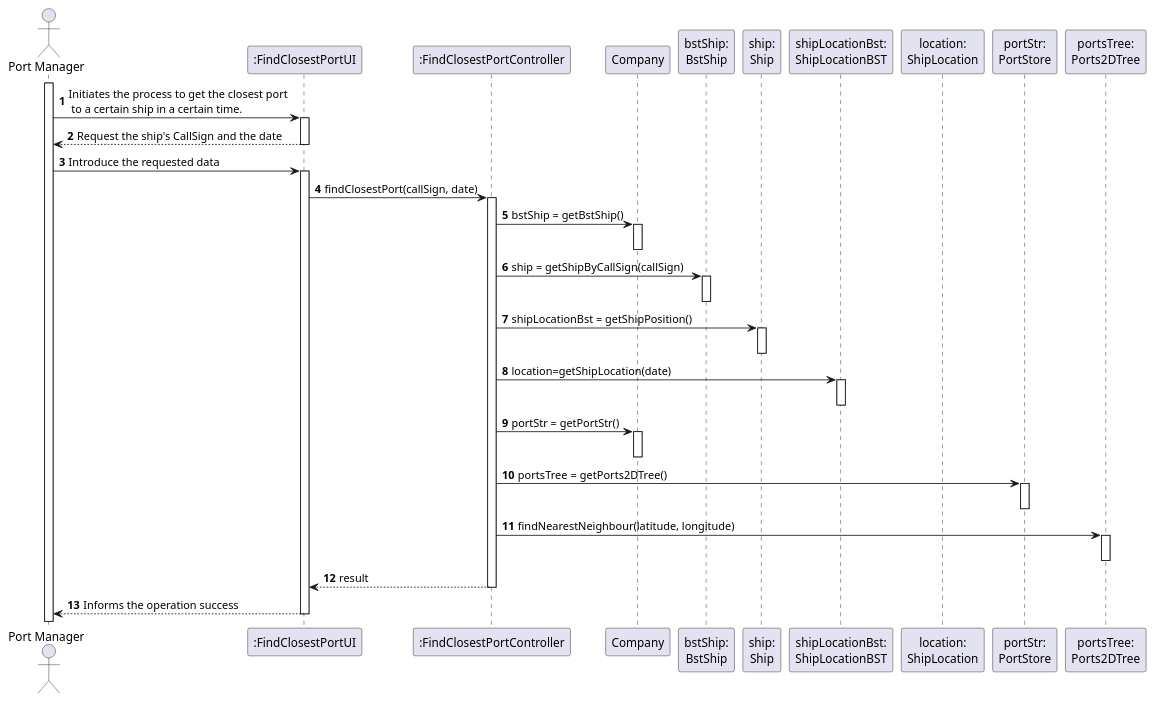
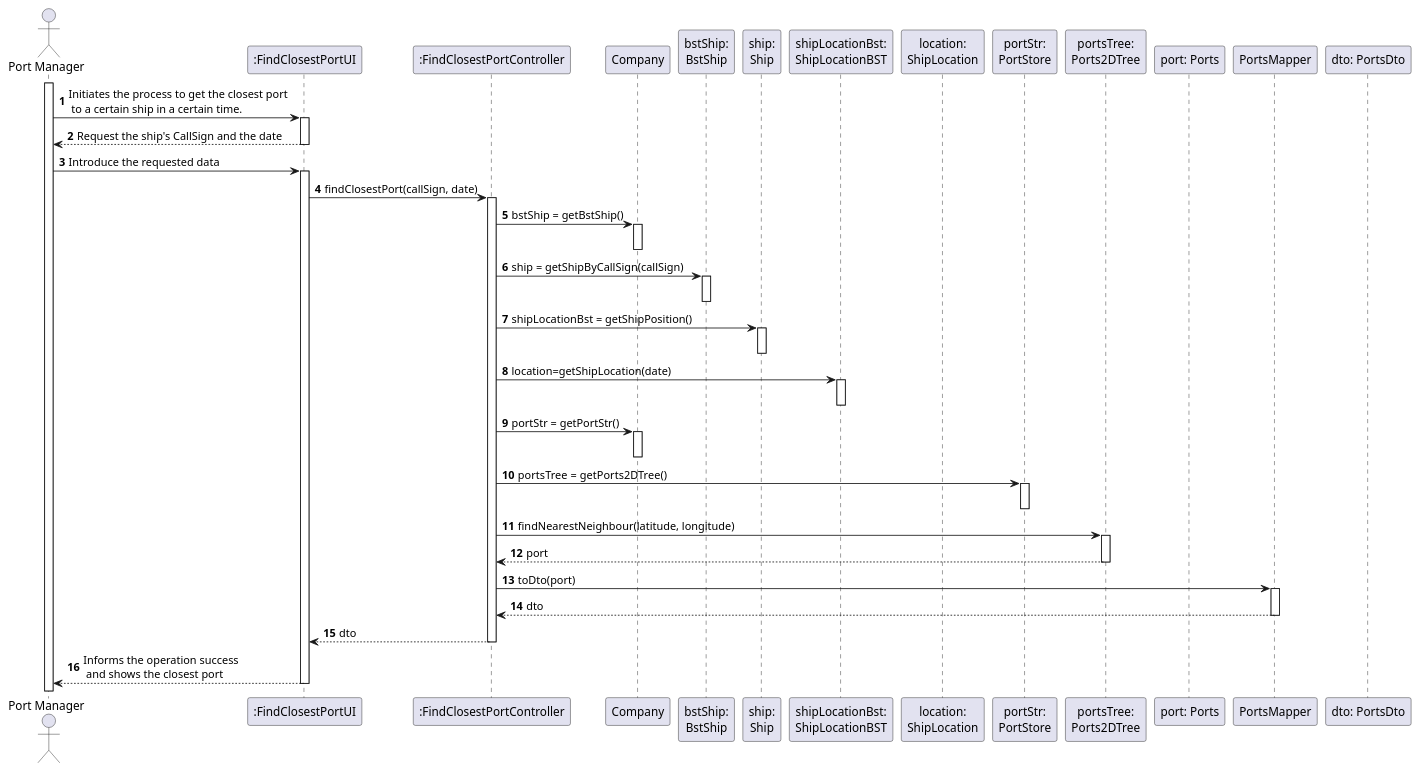
The diagram in docs/US202/US202_SD.puml (0franciscor/lapr3-2021-g042), drawn with PlantUML before and after one commit. The commit also changed 5 other files, not shown here.

Commit message:
G42-83 #time 1h #comment Addition of the PortsDto and PortsMapper class

```diff
--- a/docs/US202/US202_SD.puml
+++ b/docs/US202/US202_SD.puml
@@ -1,51 +1,59 @@
 @startuml
 
 autonumber
 actor "Port Manager" as M
 
 participant ":FindClosestPortUI" as ui
 participant ":FindClosestPortController" as controller
 participant "Company" as COMP
 participant "bstShip:\nBstShip" as BstShip
 participant "ship:\nShip" as S
 participant "shipLocationBst:\nShipLocationBST" as ShipLocationBST
 participant "location:\nShipLocation" as SL
 participant "portStr:\nPortStore" as str
 participant "portsTree:\nPorts2DTree" as tree
+participant "port: Ports" as port
+participant "PortsMapper" as mapper
+participant "dto: PortsDto" as dto
 
 activate M
 M -> ui: Initiates the process to get the closest port \n to a certain ship in a certain time.
 activate ui
 ui --> M --: Request the ship's CallSign and the date
 deactivate ui
 M -> ui: Introduce the requested data
 activate ui
 ui -> controller: findClosestPort(callSign, date)
 activate controller
 controller -> COMP: bstShip = getBstShip()
 activate COMP
 deactivate COMP
 controller -> BstShip : ship = getShipByCallSign(callSign)
 activate BstShip
 deactivate BstShip
 controller -> S : shipLocationBst = getShipPosition()
 activate S
 deactivate S
 controller -> ShipLocationBST: location=getShipLocation(date)
 activate ShipLocationBST
 deactivate ShipLocationBST
 controller -> COMP: portStr = getPortStr()
 activate COMP
 deactivate COMP
 controller -> str: portsTree = getPorts2DTree()
 activate str
 deactivate str
 controller -> tree : findNearestNeighbour(latitude, longitude)
 activate tree
+tree --> controller : port
 deactivate tree
-controller --> ui: result
+controller -> mapper : toDto(port)
+activate mapper
+mapper --> controller : dto
+deactivate mapper
+controller --> ui: dto
 deactivate controller
-ui --> M --: Informs the operation success
+ui --> M --: Informs the operation success \n and shows the closest port
 deactivate ui
 
 @enduml
```
